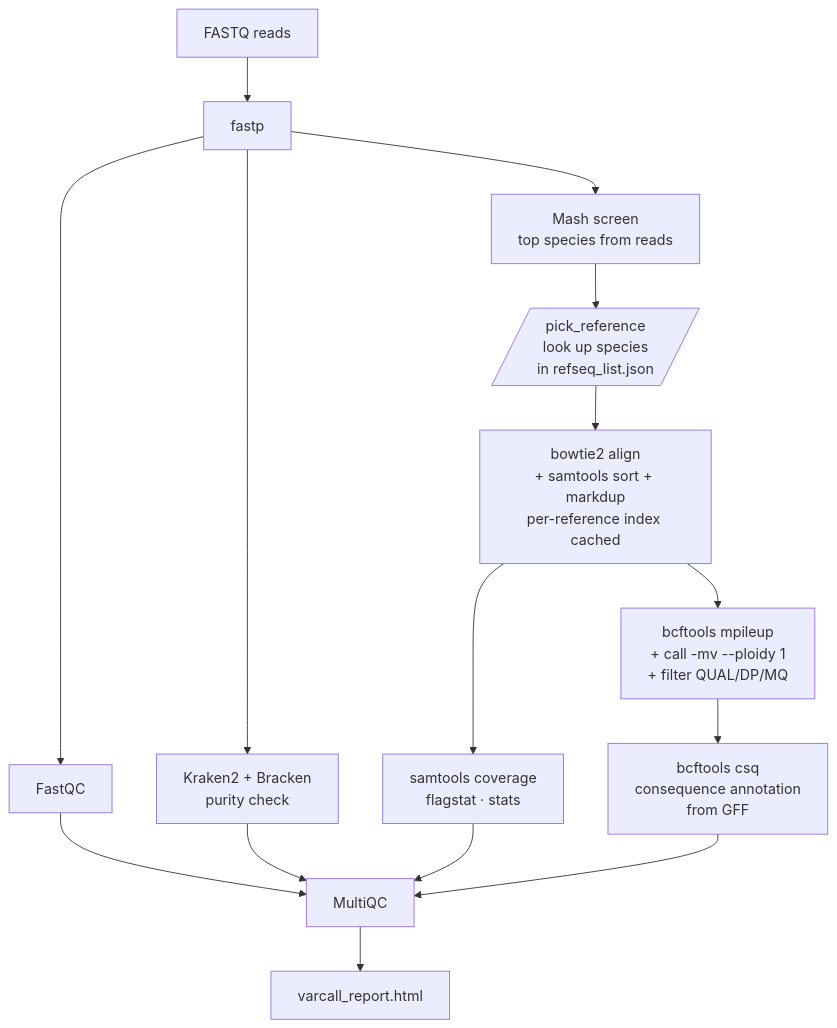
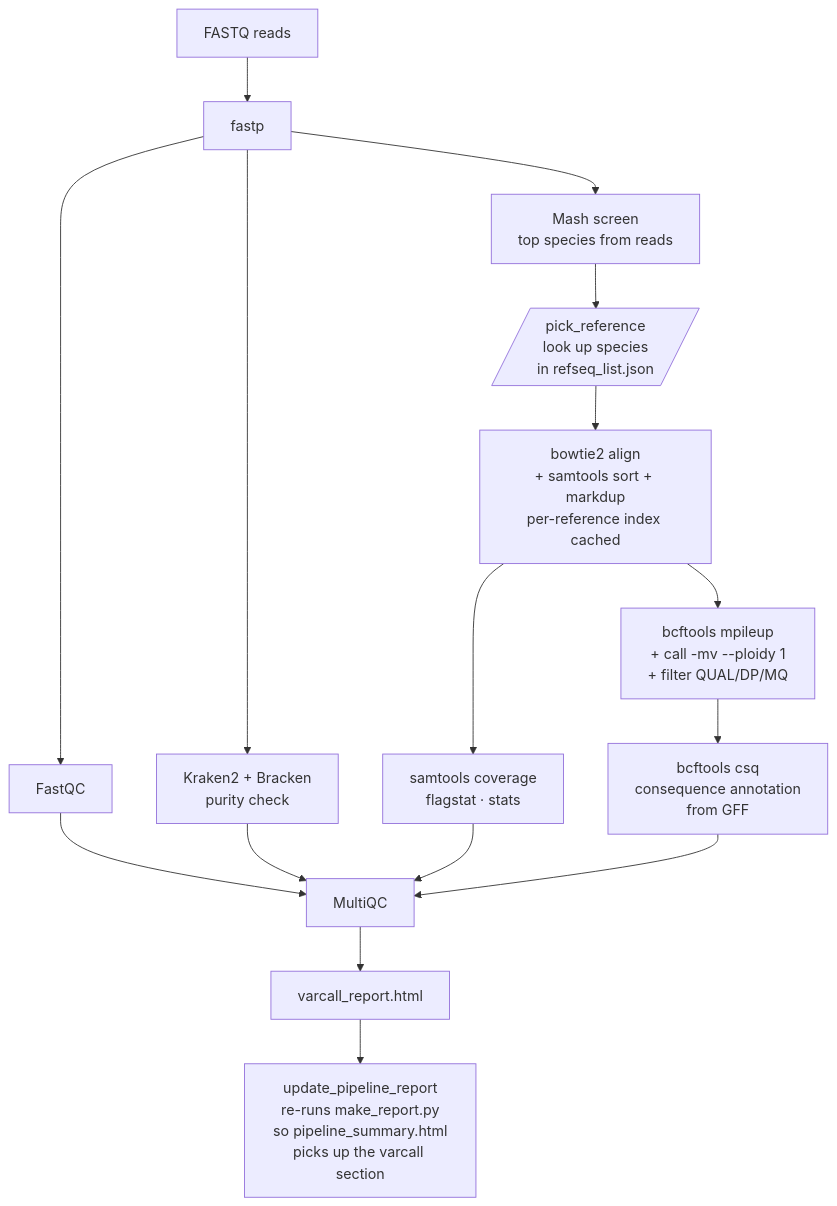
The third of 4 diagrams in README.md (OddAlexander/Genomics-Workflow), drawn with Mermaid before and after one commit. The commit also changed other lines of this file and 18 other files, not shown here.

````diff
--- a/README.md
+++ b/README.md
@@ -378,14 +372,15 @@
 ```mermaid
 flowchart TD
     raw[FASTQ reads] --> fastp
     fastp --> fastqc[FastQC]
     fastp --> kraken[Kraken2 + Bracken<br/>purity check]
     fastp --> mash[Mash screen<br/>top species from reads]
     mash --> pick[/pick_reference<br/>look up species<br/>in refseq_list.json/]
     pick --> bowtie[bowtie2 align<br/>+ samtools sort + markdup<br/>per-reference index cached]
     bowtie --> sstats[samtools coverage<br/>flagstat · stats]
     bowtie --> bcfcall[bcftools mpileup<br/>+ call -mv --ploidy 1<br/>+ filter QUAL/DP/MQ]
     bcfcall --> bcfcsq[bcftools csq<br/>consequence annotation<br/>from GFF]
     fastqc & kraken & sstats & bcfcsq --> multiqc[MultiQC]
-    multiqc --> report[varcall_report.html]
+    multiqc --> vcreport[varcall_report.html]
+    vcreport --> refresh[update_pipeline_report<br/>re-runs make_report.py<br/>so pipeline_summary.html<br/>picks up the varcall section]
 ```
````
